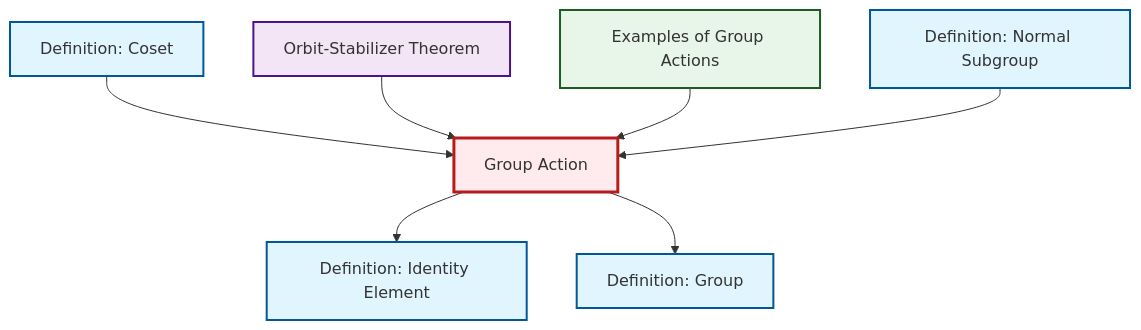
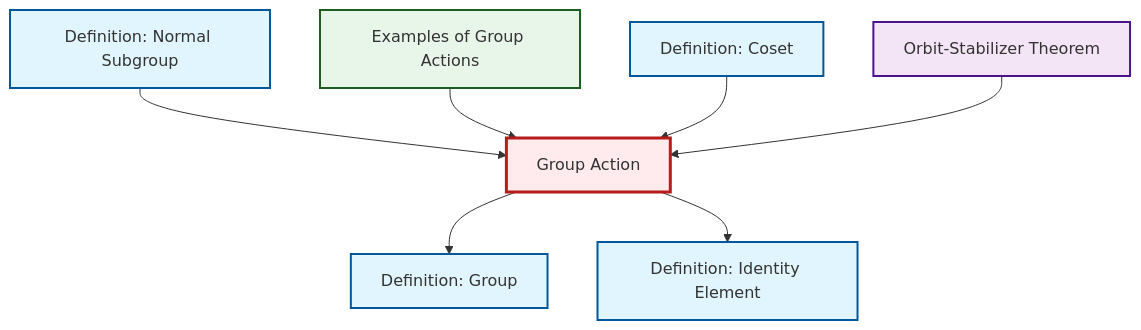
One commit to RK0429/ModernMath changed the diagram in content/ja/algebra/def-group-action.qmd. Above: the diagram before and after it, drawn with Mermaid. The commit also changed other lines of this file and 497 other files, not shown here.

````diff
--- a/content/ja/algebra/def-group-action.qmd
+++ b/content/ja/algebra/def-group-action.qmd
@@ -61,29 +61,29 @@
 ```{mermaid}
 %%| fig-cap: "Local dependency graph"
 graph TD
     classDef definition fill:#e1f5fe,stroke:#01579b,stroke-width:2px
     classDef theorem fill:#f3e5f5,stroke:#4a148c,stroke-width:2px
     classDef axiom fill:#fff3e0,stroke:#e65100,stroke-width:2px
     classDef example fill:#e8f5e9,stroke:#1b5e20,stroke-width:2px
     classDef current fill:#ffebee,stroke:#b71c1c,stroke-width:3px
     def-normal-subgroup["Definition: Normal Subgroup"]:::definition
     thm-orbit-stabilizer["Orbit-Stabilizer Theorem"]:::theorem
     def-coset["Definition: Coset"]:::definition
     def-identity-element["Definition: Identity Element"]:::definition
+    def-group["Definition: Group"]:::definition
     def-group-action["Group Action"]:::definition
-    def-group["Definition: Group"]:::definition
     ex-group-action-examples["Examples of Group Actions"]:::example
+    def-group-action --> def-group
+    def-group-action --> def-identity-element
+    def-normal-subgroup --> def-group-action
+    ex-group-action-examples --> def-group-action
     def-coset --> def-group-action
     thm-orbit-stabilizer --> def-group-action
-    def-group-action --> def-identity-element
-    ex-group-action-examples --> def-group-action
-    def-group-action --> def-group
-    def-normal-subgroup --> def-group-action
     class def-group-action current
     click def-normal-subgroup "def-normal-subgroup.html" "Definition: Normal Subgroupへ"
     click thm-orbit-stabilizer "thm-orbit-stabilizer.html" "Orbit-Stabilizer Theoremへ"
     click def-coset "def-coset.html" "Definition: Cosetへ"
     click def-identity-element "def-identity-element.html" "Definition: Identity Elementへ"
     click def-group "def-group.html" "Definition: Groupへ"
     click ex-group-action-examples "ex-group-action-examples.html" "Examples of Group Actionsへ"
 ```
````
